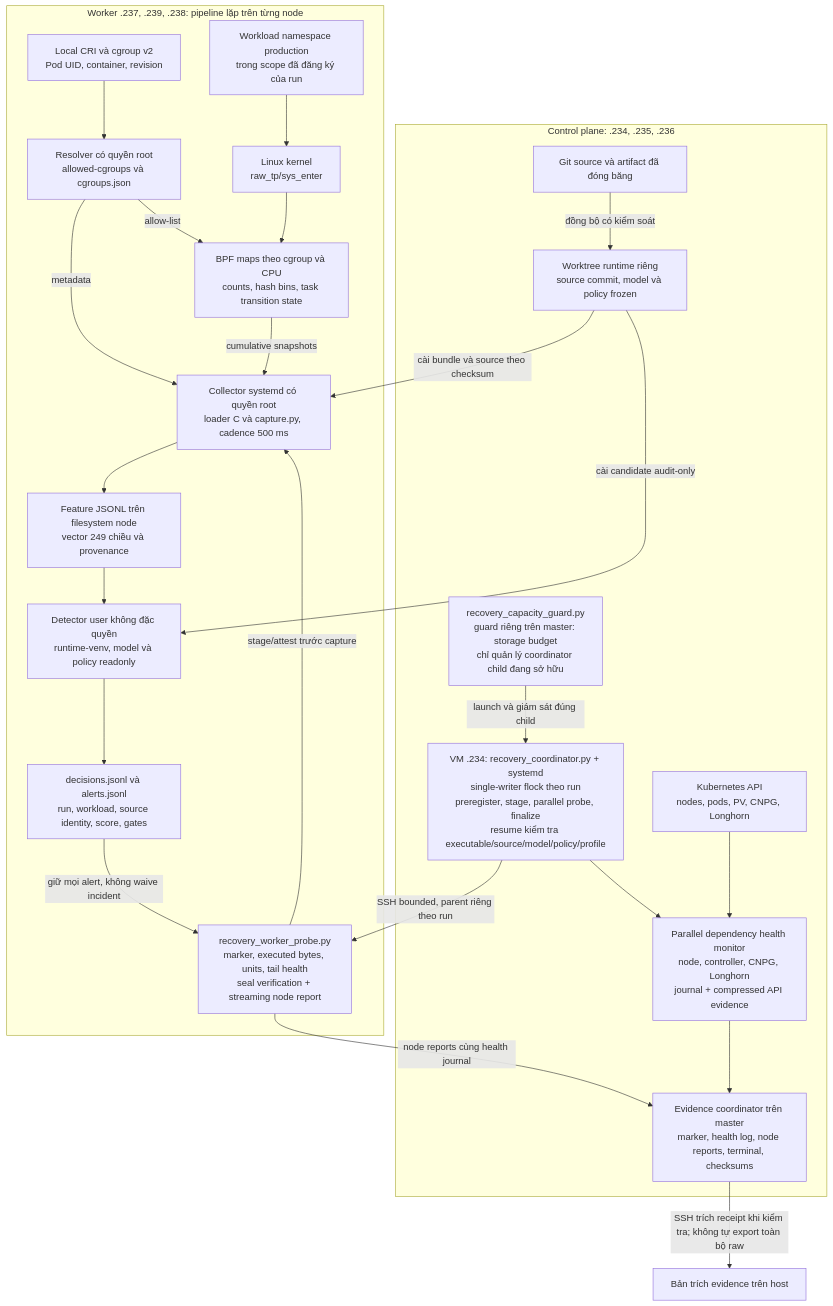
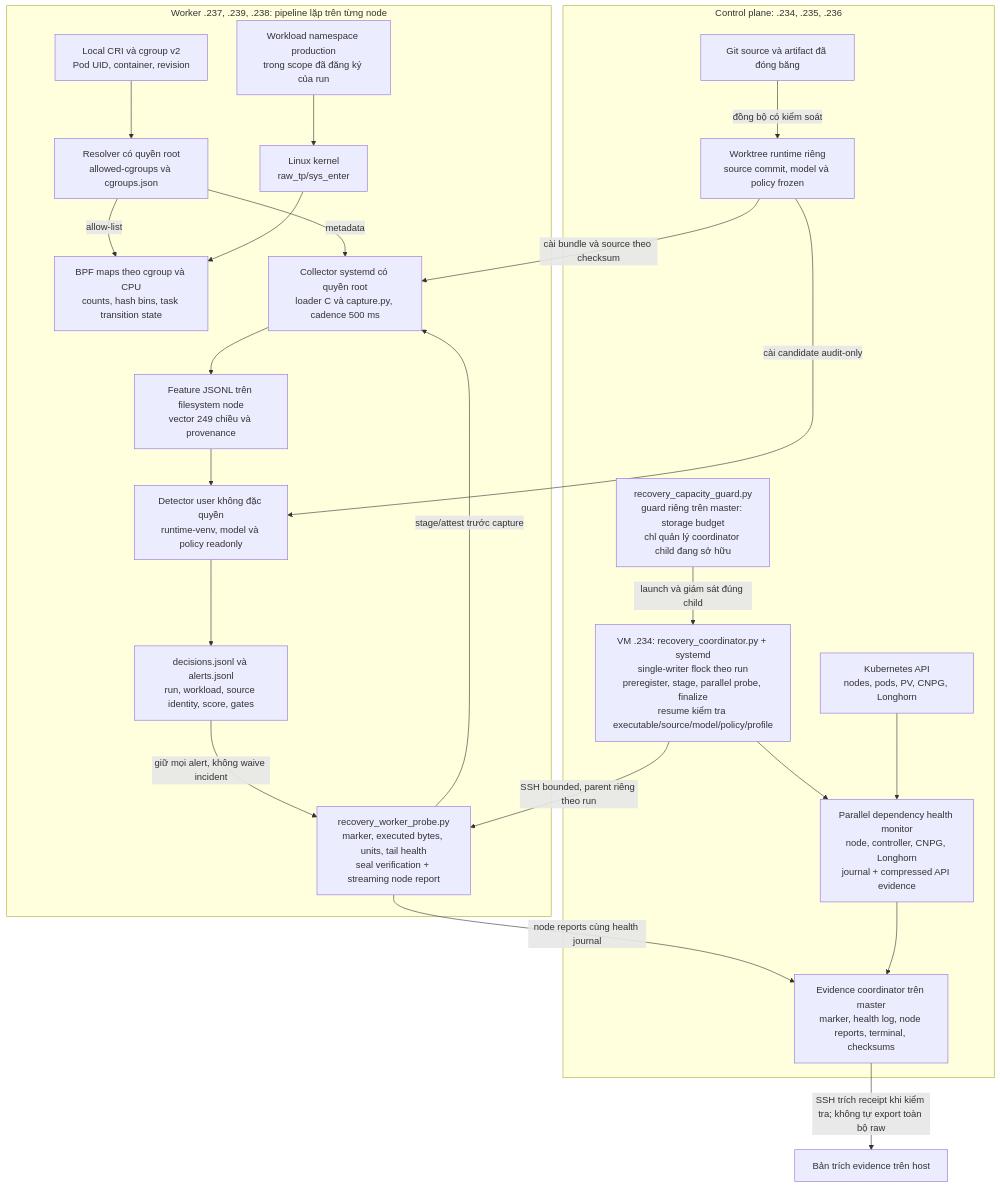
One commit to tndat-dev/eBPF-project changed the first of 3 diagrams in sentinel-pulse.md. Above: the diagram before and after it, drawn with Mermaid. The commit also changed other lines of this file and 1 other file, not shown here.

Commit message:
Clarify PulseExtraTrees in runtime diagrams

````diff
--- a/sentinel-pulse.md
+++ b/sentinel-pulse.md
@@ -50,47 +50,46 @@
 ```mermaid
 flowchart TB
     subgraph CP["Control plane: .234, .235, .236"]
         API["Kubernetes API<br/>nodes, pods, PV, CNPG, Longhorn"]
         REPO["Git source và artifact đã đóng băng"]
         GUARD["recovery_capacity_guard.py<br/>guard riêng trên master: storage budget<br/>chỉ quản lý coordinator child đang sở hữu"]
         ORCH["VM .234: recovery_coordinator.py + systemd<br/>single-writer flock theo run<br/>preregister, stage, parallel probe, finalize<br/>resume kiểm tra executable/source/model/policy/profile"]
         FROZEN["Worktree runtime riêng<br/>source commit, model và policy frozen"]
         HEALTH["Parallel dependency health monitor<br/>node, controller, CNPG, Longhorn<br/>journal + compressed API evidence"]
         ARCHIVE["Evidence coordinator trên master<br/>marker, health log, node reports, terminal, checksums"]
     end
 
     subgraph WORKERS["Worker .237, .239, .238: pipeline lặp trên từng node"]
         POD["Workload namespace production<br/>trong scope đã đăng ký của run"]
         CRI["Local CRI và cgroup v2<br/>Pod UID, container, revision"]
         RES["Resolver có quyền root<br/>allowed-cgroups và cgroups.json"]
         KERNEL["Linux kernel<br/>raw_tp/sys_enter"]
         MAP["BPF maps theo cgroup và CPU<br/>counts, hash bins, task transition state"]
         COL["Collector systemd có quyền root<br/>loader C và capture.py, cadence 500 ms"]
         FEATURE["Feature JSONL trên filesystem node<br/>vector 249 chiều và provenance"]
         DET["Detector user không đặc quyền<br/>runtime-venv, model và policy readonly"]
         OUTPUT["decisions.jsonl và alerts.jsonl<br/>run, workload, source identity, score, gates"]
         PROBE["recovery_worker_probe.py<br/>marker, executed bytes, units, tail health<br/>seal verification + streaming node report"]
     end
 
     REPO -->|"đồng bộ có kiểm soát"| FROZEN
     FROZEN -->|"cài bundle và source theo checksum"| COL
     FROZEN -->|"cài candidate audit-only"| DET
     GUARD -->|"launch và giám sát đúng child"| ORCH
     CRI --> RES
     RES -->|"allow-list"| MAP
     RES -->|"metadata"| COL
     POD --> KERNEL
     KERNEL --> MAP
-    MAP -->|"cumulative snapshots"| COL
     COL --> FEATURE
     FEATURE --> DET
     DET --> OUTPUT
     ORCH -->|"SSH bounded, parent riêng theo run"| PROBE
     PROBE -->|"stage/attest trước capture"| COL
     OUTPUT -->|"giữ mọi alert, không waive incident"| PROBE
     PROBE -->|"node reports cùng health journal"| ARCHIVE
     ORCH --> HEALTH
     API --> HEALTH
     HEALTH --> ARCHIVE
     ARCHIVE -->|"SSH trích receipt khi kiểm tra; không tự export toàn bộ raw"| LOCAL["Bản trích evidence trên host"]
 ```
````
